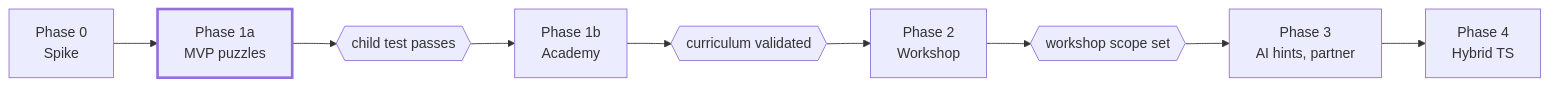
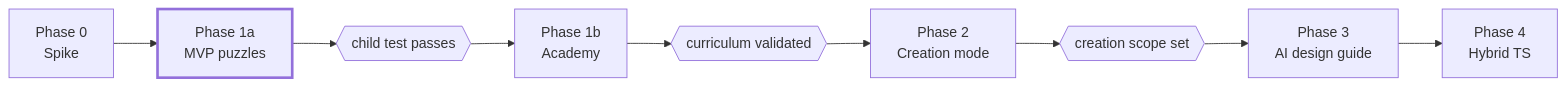
The second of 2 diagrams in docs/plan.md (msheldon83/wonderbits), drawn with Mermaid before and after one commit. The commit also changed other lines of this file and 1 other file, not shown here.

````diff
--- a/docs/plan.md
+++ b/docs/plan.md
@@ -320,9 +473,9 @@
 ```mermaid
 flowchart LR
   p0[Phase 0<br/>Spike] --> p1a[Phase 1a<br/>MVP puzzles]
   p1a --> g1{{child test passes}} --> p1b[Phase 1b<br/>Academy]
-  p1b --> g2{{curriculum validated}} --> p2[Phase 2<br/>Workshop]
-  p2 --> g3{{workshop scope set}} --> p3[Phase 3<br/>AI hints, partner]
+  p1b --> g2{{curriculum validated}} --> p2[Phase 2<br/>Creation mode]
+  p2 --> g3{{creation scope set}} --> p3[Phase 3<br/>AI design guide]
   p3 --> p4[Phase 4<br/>Hybrid TS]
   style p1a stroke-width:3px
 ```
````
